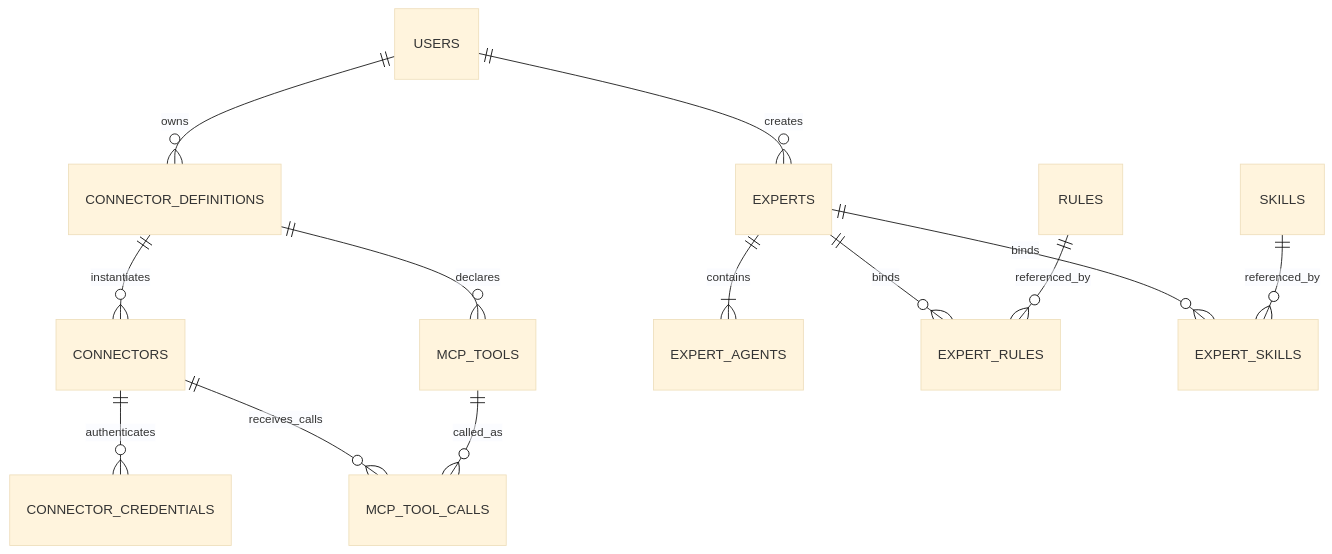
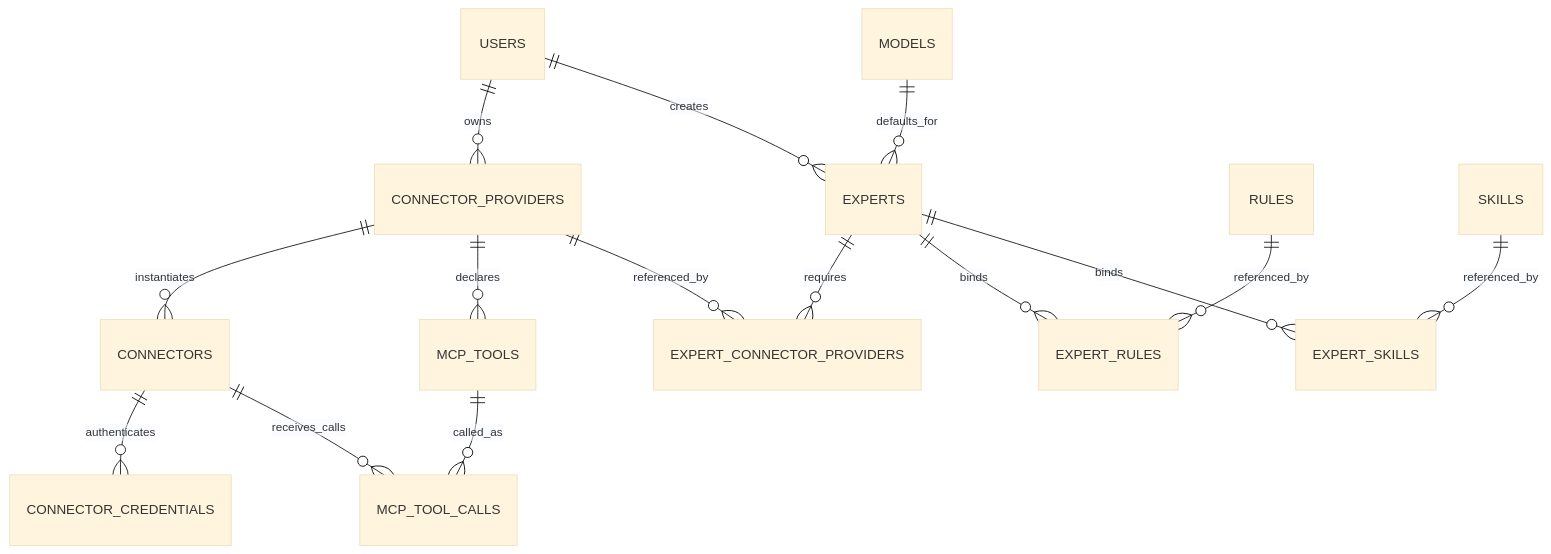
One commit to chaitin/MonkeyCode changed the second of 2 diagrams in monkeyai/design/ai-resource-design.md. Above: the diagram before and after it, drawn with Mermaid (base theme). The commit also changed other lines of this file and 3 other files, not shown here.

````diff
--- a/monkeyai/design/ai-resource-design.md
+++ b/monkeyai/design/ai-resource-design.md
@@ -527,16 +509,18 @@
 ```mermaid
 erDiagram
-    USERS ||--o{ CONNECTOR_DEFINITIONS : owns
-    CONNECTOR_DEFINITIONS ||--o{ CONNECTORS : instantiates
-    CONNECTOR_DEFINITIONS ||--o{ MCP_TOOLS : declares
+    USERS ||--o{ CONNECTOR_PROVIDERS : owns
+    CONNECTOR_PROVIDERS ||--o{ CONNECTORS : instantiates
+    CONNECTOR_PROVIDERS ||--o{ MCP_TOOLS : declares
     CONNECTORS ||--o{ CONNECTOR_CREDENTIALS : authenticates
     CONNECTORS ||--o{ MCP_TOOL_CALLS : receives_calls
     MCP_TOOLS ||--o{ MCP_TOOL_CALLS : called_as
 
     USERS ||--o{ EXPERTS : creates
-    EXPERTS ||--|{ EXPERT_AGENTS : contains
+    MODELS ||--o{ EXPERTS : defaults_for
+    EXPERTS ||--o{ EXPERT_CONNECTOR_PROVIDERS : requires
+    CONNECTOR_PROVIDERS ||--o{ EXPERT_CONNECTOR_PROVIDERS : referenced_by
     EXPERTS ||--o{ EXPERT_RULES : binds
     RULES ||--o{ EXPERT_RULES : referenced_by
     EXPERTS ||--o{ EXPERT_SKILLS : binds
     SKILLS ||--o{ EXPERT_SKILLS : referenced_by
 ```
````
